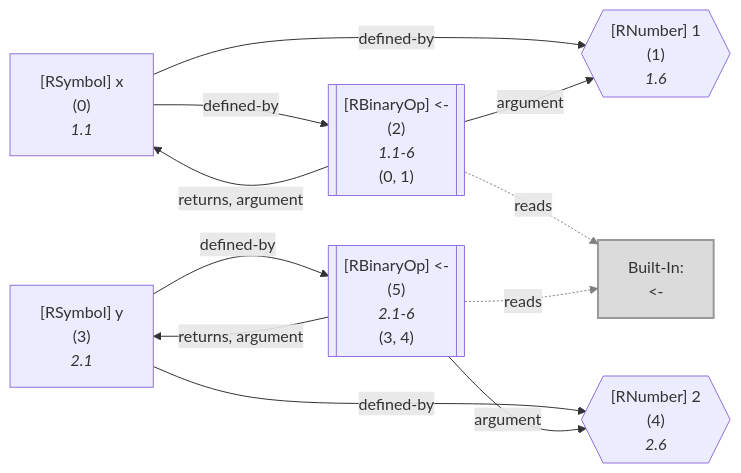
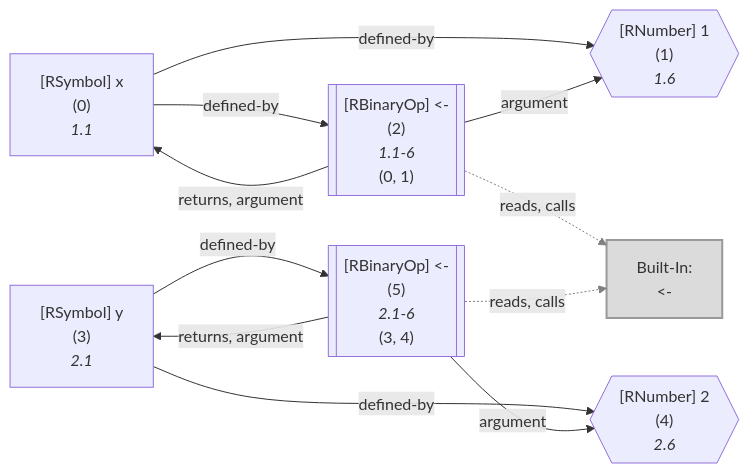
Before and after one commit to flowr-analysis/flowr: the third of 9 diagrams in wiki/Query API.md, drawn with Mermaid. The commit also changed other lines of this file and 8 other files, not shown here.

Commit message:
[skip ci] doc: update generated wiki pages (wiki/Capabilities,wiki/Dataflow Graph,wiki/Query API,wiki/Search API,wiki/Engines,wiki/Interface,wiki/Control Flow Graph,wiki/Core,README)

````diff
--- a/wiki/Query API.md
+++ b/wiki/Query API.md
@@ -1816,38 +1816,38 @@
 ```mermaid
 flowchart LR
     1{{"`#91;RNumber#93; 1
       (1)
       *1.6*`"}}
     0["`#91;RSymbol#93; x
       (0)
       *1.1*`"]
     2[["`#91;RBinaryOp#93; #60;#45;
       (2)
       *1.1-6*
     (0, 1)`"]]
     built-in:_-["`Built-In:
 #60;#45;`"]
     style built-in:_- stroke:gray,fill:lightgray,stroke-width:2px,opacity:.8;
     4{{"`#91;RNumber#93; 2
       (4)
       *2.6*`"}}
     3["`#91;RSymbol#93; y
       (3)
       *2.1*`"]
     5[["`#91;RBinaryOp#93; #60;#45;
       (5)
       *2.1-6*
     (3, 4)`"]]
     0 -->|"defined-by"| 1
     0 -->|"defined-by"| 2
     2 -->|"argument"| 1
     2 -->|"returns, argument"| 0
-    2 -.->|"reads"| built-in:_-
+    2 -.->|"reads, calls"| built-in:_-
     linkStyle 4 stroke:gray;
     3 -->|"defined-by"| 4
     3 -->|"defined-by"| 5
     5 -->|"argument"| 4
     5 -->|"returns, argument"| 3
-    5 -.->|"reads"| built-in:_-
+    5 -.->|"reads, calls"| built-in:_-
     linkStyle 9 stroke:gray;
 ```
````
